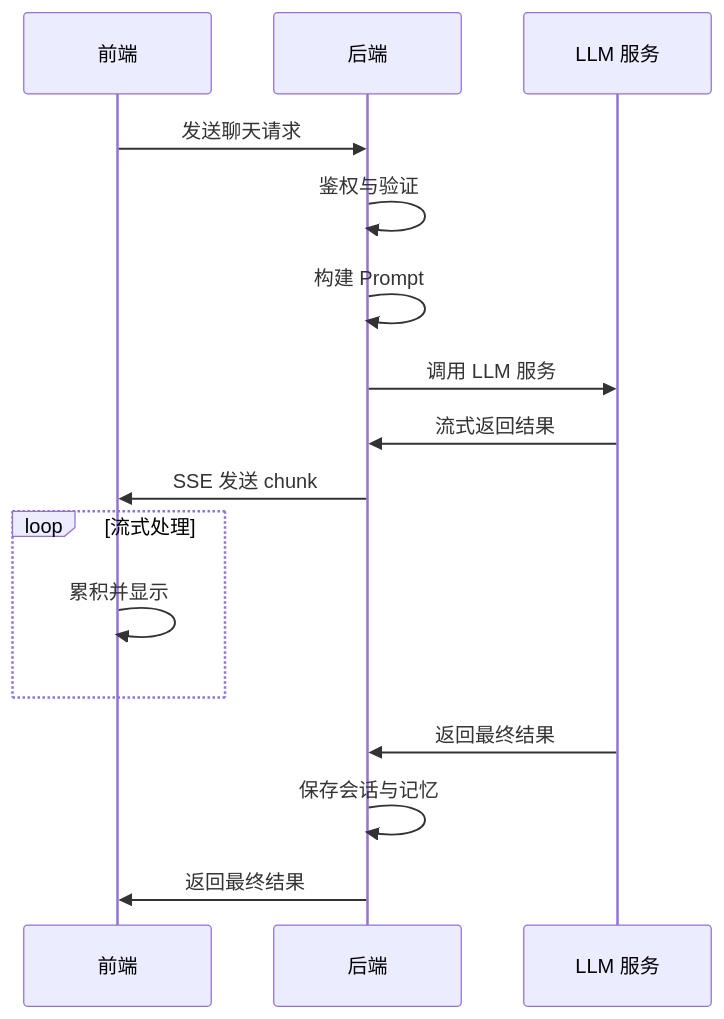
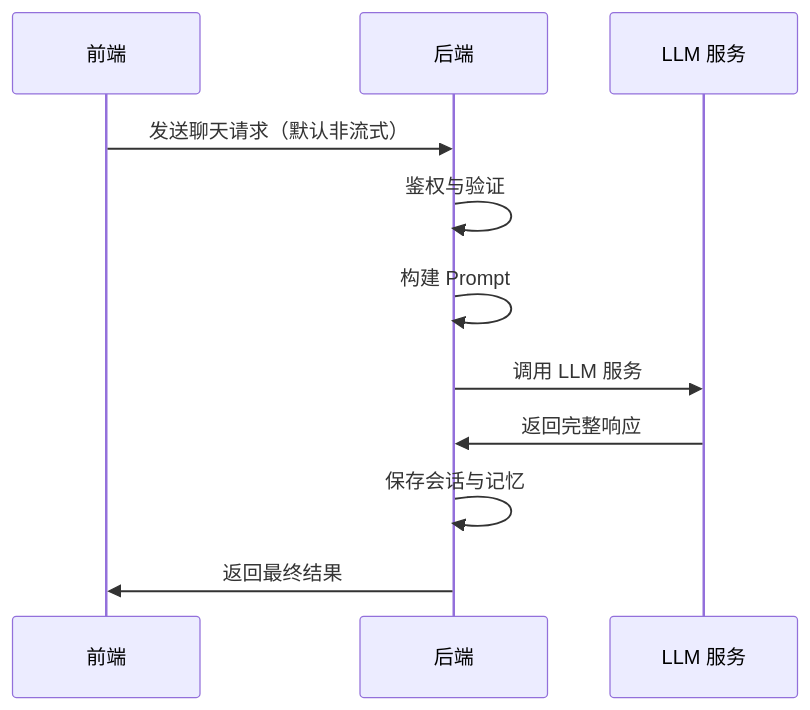
The ninth of 10 diagrams in web/docs/web-arch.md (SaltedFish-No1/npc), drawn with Mermaid before and after one commit. The commit also changed other lines of this file and 62 other files, not shown here.

````diff
--- a/web/docs/web-arch.md
+++ b/web/docs/web-arch.md
@@ -226,19 +237,14 @@
 ```mermaid
 sequenceDiagram
     participant Frontend as 前端
     participant Backend as 后端
     participant LLM as LLM 服务
 
-    Frontend->>Backend: 发送聊天请求
+    Frontend->>Backend: 发送聊天请求（默认非流式）
     Backend->>Backend: 鉴权与验证
     Backend->>Backend: 构建 Prompt
     Backend->>LLM: 调用 LLM 服务
-    LLM->>Backend: 流式返回结果
-    Backend->>Frontend: SSE 发送 chunk
-    loop 流式处理
-        Frontend->>Frontend: 累积并显示
-    end
-    LLM->>Backend: 返回最终结果
+    LLM->>Backend: 返回完整响应
     Backend->>Backend: 保存会话与记忆
     Backend->>Frontend: 返回最终结果
 ```
````
